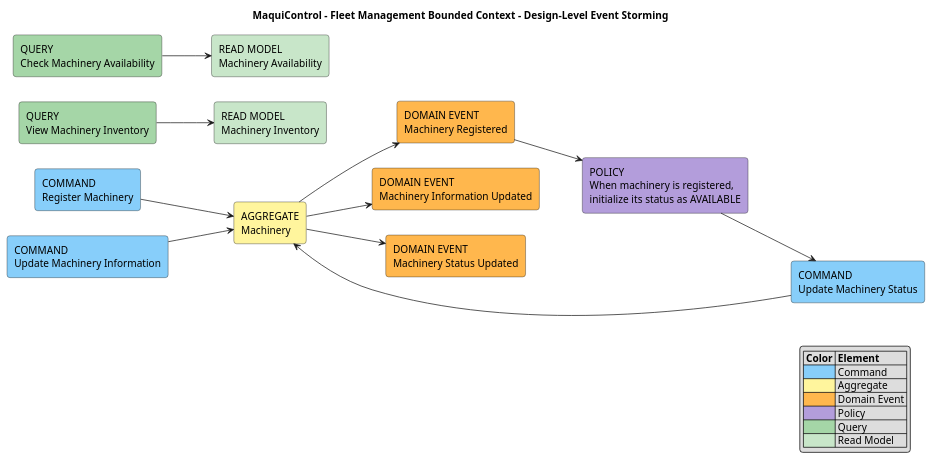
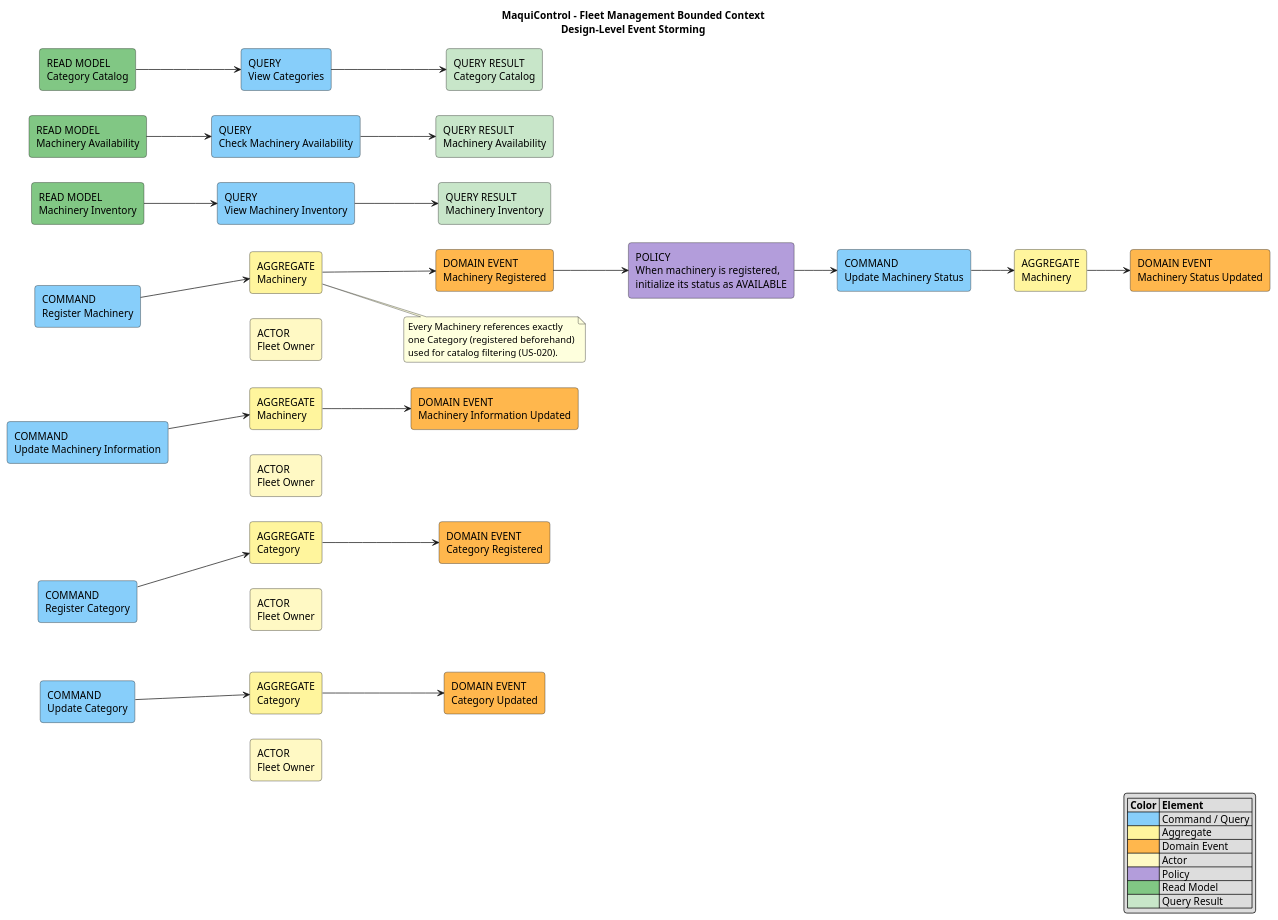
One commit to AndesHeavyTech/MaquiControl changed the diagram in docs/architecture/event-storming/fleet-management-design-level.puml. Above: the diagram before and after it, drawn with PlantUML. The commit also changed 13 other files, not shown here.

Commit message:
docs(design): add Category entity and Subscription/Billing bounded contexts

```diff
--- a/docs/architecture/event-storming/fleet-management-design-level.puml
+++ b/docs/architecture/event-storming/fleet-management-design-level.puml
@@ -1,64 +1,102 @@
 @startuml
-title MaquiControl - Fleet Management Bounded Context - Design-Level Event Storming
+title MaquiControl - Fleet Management Bounded Context\nDesign-Level Event Storming
 
 left to right direction
 skinparam shadowing false
 skinparam roundcorner 8
 skinparam defaultFontName Arial
 
 ' =========================
 ' Styles
 ' =========================
 
 rectangle "COMMAND\nRegister Machinery" as CMD_REGISTER #87CEFA
-rectangle "AGGREGATE\nMachinery" as AGG_MACHINERY #FFF59D
+rectangle "AGGREGATE\nMachinery" as AGG_REGISTER #FFF59D
+rectangle "ACTOR\nFleet Owner" as ACT_REGISTER #FFF9C4
+rectangle "COMMAND\nUpdate Machinery Information" as CMD_UPDATE_INFO #87CEFA
+rectangle "AGGREGATE\nMachinery" as AGG_UPDATE_INFO #FFF59D
+rectangle "ACTOR\nFleet Owner" as ACT_UPDATE_INFO #FFF9C4
+rectangle "COMMAND\nUpdate Machinery Status" as CMD_UPDATE_STATUS #87CEFA
+rectangle "AGGREGATE\nMachinery" as AGG_UPDATE_STATUS #FFF59D
+rectangle "COMMAND\nRegister Category" as CMD_REGISTER_CATEGORY #87CEFA
+rectangle "AGGREGATE\nCategory" as AGG_REGISTER_CATEGORY #FFF59D
+rectangle "ACTOR\nFleet Owner" as ACT_REGISTER_CATEGORY #FFF9C4
+rectangle "COMMAND\nUpdate Category" as CMD_UPDATE_CATEGORY #87CEFA
+rectangle "AGGREGATE\nCategory" as AGG_UPDATE_CATEGORY #FFF59D
+rectangle "ACTOR\nFleet Owner" as ACT_UPDATE_CATEGORY #FFF9C4
+
 rectangle "DOMAIN EVENT\nMachinery Registered" as EVT_REGISTERED #FFB74D
-
-rectangle "COMMAND\nUpdate Machinery Information" as CMD_UPDATE_INFO #87CEFA
 rectangle "DOMAIN EVENT\nMachinery Information Updated" as EVT_INFO_UPDATED #FFB74D
-
-rectangle "COMMAND\nUpdate Machinery Status" as CMD_UPDATE_STATUS #87CEFA
 rectangle "DOMAIN EVENT\nMachinery Status Updated" as EVT_STATUS_UPDATED #FFB74D
+rectangle "DOMAIN EVENT\nCategory Registered" as EVT_CATEGORY_REGISTERED #FFB74D
+rectangle "DOMAIN EVENT\nCategory Updated" as EVT_CATEGORY_UPDATED #FFB74D
 
 rectangle "POLICY\nWhen machinery is registered,\ninitialize its status as AVAILABLE" as POL_INITIAL_STATUS #B39DDB
 
-rectangle "QUERY\nView Machinery Inventory" as QUERY_INVENTORY #A5D6A7
-rectangle "READ MODEL\nMachinery Inventory" as READ_INVENTORY #C8E6C9
+rectangle "READ MODEL\nMachinery Inventory" as READ_INVENTORY #81C784
+rectangle "QUERY\nView Machinery Inventory" as QUERY_INVENTORY #87CEFA
+rectangle "QUERY RESULT\nMachinery Inventory" as RESULT_INVENTORY #C8E6C9
 
-rectangle "QUERY\nCheck Machinery Availability" as QUERY_AVAILABILITY #A5D6A7
-rectangle "READ MODEL\nMachinery Availability" as READ_AVAILABILITY #C8E6C9
+rectangle "READ MODEL\nMachinery Availability" as READ_AVAILABILITY #81C784
+rectangle "QUERY\nCheck Machinery Availability" as QUERY_AVAILABILITY #87CEFA
+rectangle "QUERY RESULT\nMachinery Availability" as RESULT_AVAILABILITY #C8E6C9
+
+rectangle "READ MODEL\nCategory Catalog" as READ_CATEGORIES #81C784
+rectangle "QUERY\nView Categories" as QUERY_CATEGORIES #87CEFA
+rectangle "QUERY RESULT\nCategory Catalog" as RESULT_CATEGORIES #C8E6C9
 
 ' =========================
 ' Commands -> Aggregate -> Events
 ' =========================
 
-CMD_REGISTER --> AGG_MACHINERY
-AGG_MACHINERY --> EVT_REGISTERED
+CMD_REGISTER --> AGG_REGISTER
+AGG_REGISTER --> EVT_REGISTERED
+ACT_REGISTER -[hidden]up-> CMD_REGISTER
 
-CMD_UPDATE_INFO --> AGG_MACHINERY
-AGG_MACHINERY --> EVT_INFO_UPDATED
+CMD_UPDATE_INFO --> AGG_UPDATE_INFO
+AGG_UPDATE_INFO --> EVT_INFO_UPDATED
+ACT_UPDATE_INFO -[hidden]up-> CMD_UPDATE_INFO
 
-CMD_UPDATE_STATUS --> AGG_MACHINERY
-AGG_MACHINERY --> EVT_STATUS_UPDATED
+CMD_UPDATE_STATUS --> AGG_UPDATE_STATUS
+AGG_UPDATE_STATUS --> EVT_STATUS_UPDATED
+
+CMD_REGISTER_CATEGORY --> AGG_REGISTER_CATEGORY
+AGG_REGISTER_CATEGORY --> EVT_CATEGORY_REGISTERED
+ACT_REGISTER_CATEGORY -[hidden]up-> CMD_REGISTER_CATEGORY
+
+CMD_UPDATE_CATEGORY --> AGG_UPDATE_CATEGORY
+AGG_UPDATE_CATEGORY --> EVT_CATEGORY_UPDATED
+ACT_UPDATE_CATEGORY -[hidden]up-> CMD_UPDATE_CATEGORY
 
 EVT_REGISTERED --> POL_INITIAL_STATUS
 POL_INITIAL_STATUS --> CMD_UPDATE_STATUS
+
+note right of AGG_REGISTER
+  Every Machinery references exactly
+  one Category (registered beforehand)
+  used for catalog filtering (US-020).
+end note
 
 ' =========================
 ' Queries -> Read Models
 ' =========================
 
-QUERY_INVENTORY --> READ_INVENTORY
-QUERY_AVAILABILITY --> READ_AVAILABILITY
+READ_INVENTORY --> QUERY_INVENTORY
+QUERY_INVENTORY --> RESULT_INVENTORY
+READ_AVAILABILITY --> QUERY_AVAILABILITY
+QUERY_AVAILABILITY --> RESULT_AVAILABILITY
+READ_CATEGORIES --> QUERY_CATEGORIES
+QUERY_CATEGORIES --> RESULT_CATEGORIES
 
 legend right
 |= Color |= Element |
-|<#87CEFA>| Command |
+|<#87CEFA>| Command / Query |
 |<#FFF59D>| Aggregate |
 |<#FFB74D>| Domain Event |
+|<#FFF9C4>| Actor |
 |<#B39DDB>| Policy |
-|<#A5D6A7>| Query |
-|<#C8E6C9>| Read Model |
+|<#81C784>| Read Model |
+|<#C8E6C9>| Query Result |
 endlegend
 
 @enduml
```
